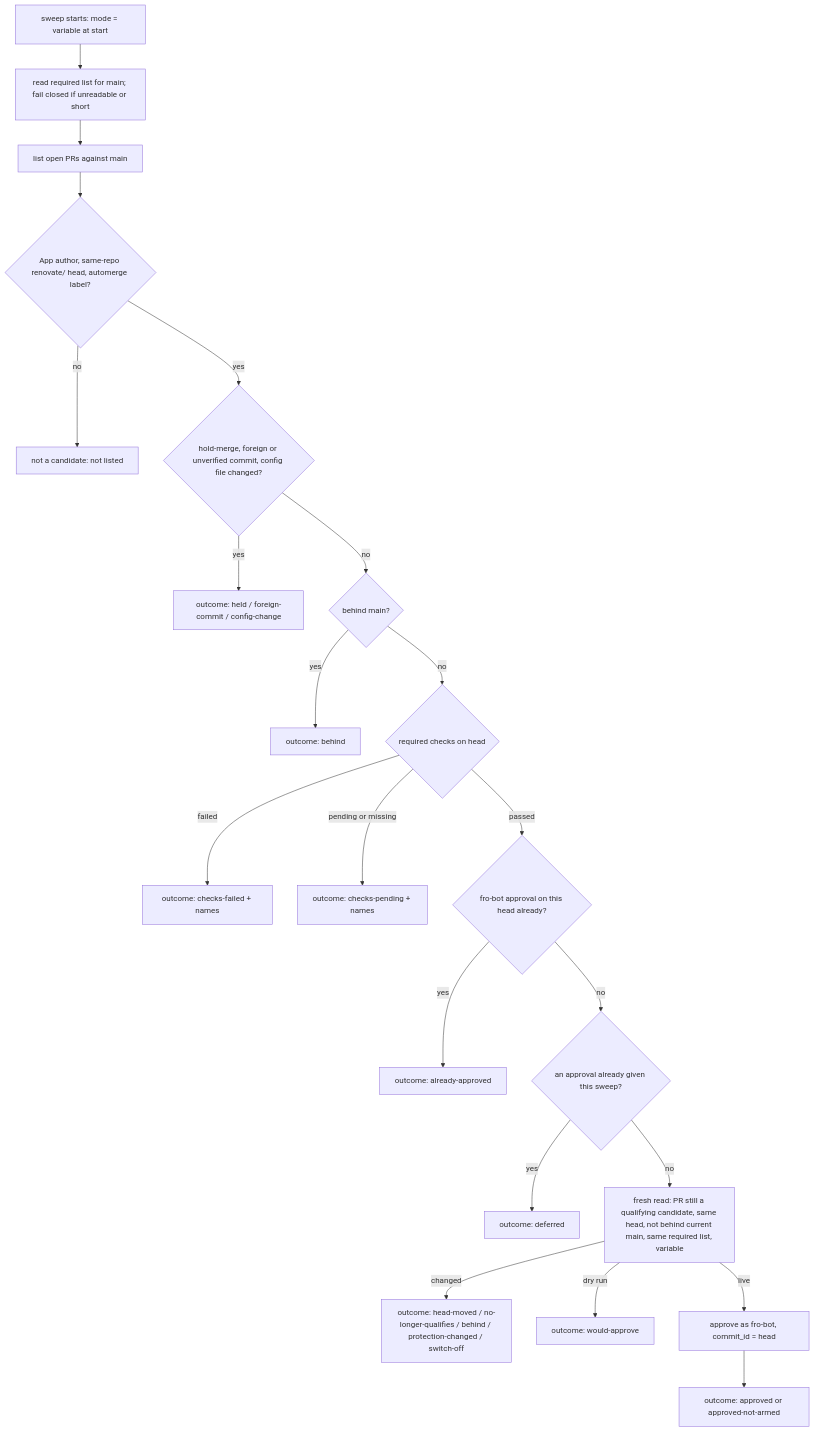
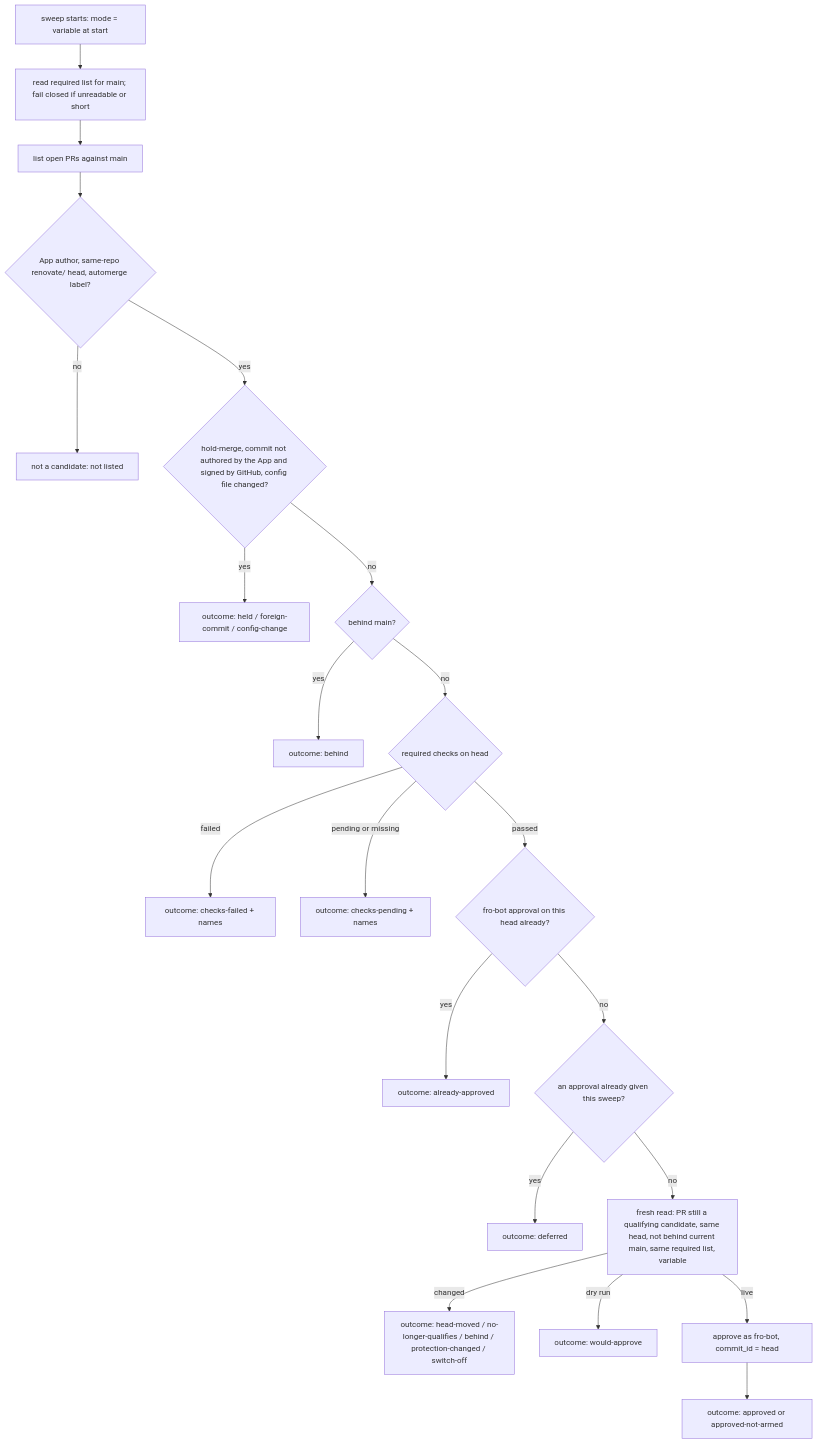
The diagram in docs/plans/2026-11-11-001-feat-renovate-automerge-approval-plan.md (fro-bot/.github), drawn with Mermaid before and after one commit. The commit also changed other lines of this file and 5 other files, not shown here.

First line of the commit message:
fix(registry): a verified commit must be committed by GitHub's own web-flow

````diff
--- a/docs/plans/2026-11-11-001-feat-renovate-automerge-approval-plan.md
+++ b/docs/plans/2026-11-11-001-feat-renovate-automerge-approval-plan.md
@@ -181,23 +181,23 @@
 ```mermaid
 flowchart TD
   S[sweep starts: mode = variable at start] --> P[read required list for main; fail closed if unreadable or short]
   P --> L[list open PRs against main]
   L --> C{App author, same-repo renovate/ head, automerge label?}
   C -- no --> X[not a candidate: not listed]
-  C -- yes --> Q{hold-merge, foreign or unverified commit, config file changed?}
+  C -- yes --> Q{hold-merge, commit not authored by the App and signed by GitHub, config file changed?}
   Q -- yes --> O1[outcome: held / foreign-commit / config-change]
   Q -- no --> U{behind main?}
   U -- yes --> O2[outcome: behind]
   U -- no --> K{required checks on head}
   K -- failed --> O3[outcome: checks-failed + names]
   K -- pending or missing --> O4[outcome: checks-pending + names]
   K -- passed --> A{fro-bot approval on this head already?}
   A -- yes --> O5[outcome: already-approved]
   A -- no --> B{an approval already given this sweep?}
   B -- yes --> O6[outcome: deferred]
   B -- no --> F[fresh read: PR still a qualifying candidate, same head, not behind current main, same required list, variable]
   F -- changed --> O7[outcome: head-moved / no-longer-qualifies / behind / protection-changed / switch-off]
   F -- dry run --> O8[outcome: would-approve]
   F -- live --> R[approve as fro-bot, commit_id = head]
   R --> O9[outcome: approved or approved-not-armed]
 ```
````
